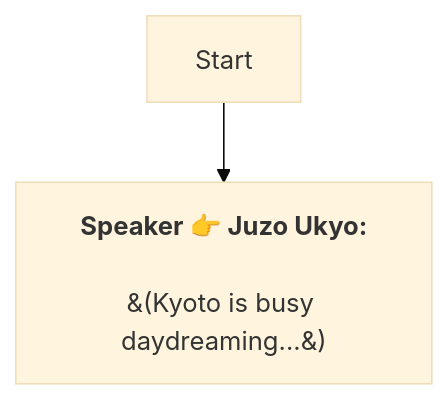
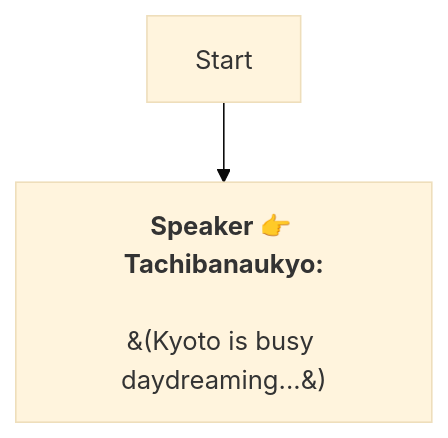
The diagram in En/Tachibanaukyo.md (SoftHu/tos_avg), drawn with Mermaid (base theme) before and after one commit. The commit also changed 737 other files, not shown here.

````diff
--- a/En/Tachibanaukyo.md
+++ b/En/Tachibanaukyo.md
@@ -1,7 +1,6 @@
 ```mermaid
 graph
-Start -->1741633805427981[<b>Speaker 👉 Juzo Ukyo:</b>
+Start -->1741633805427981[<b>Speaker 👉 Tachibanaukyo:</b>
+\n&#40;Kyoto is busy daydreaming...&#41;]
 
-&#40;Kyoto is busy daydreaming...&#41;]
-
- ```
+```
````
